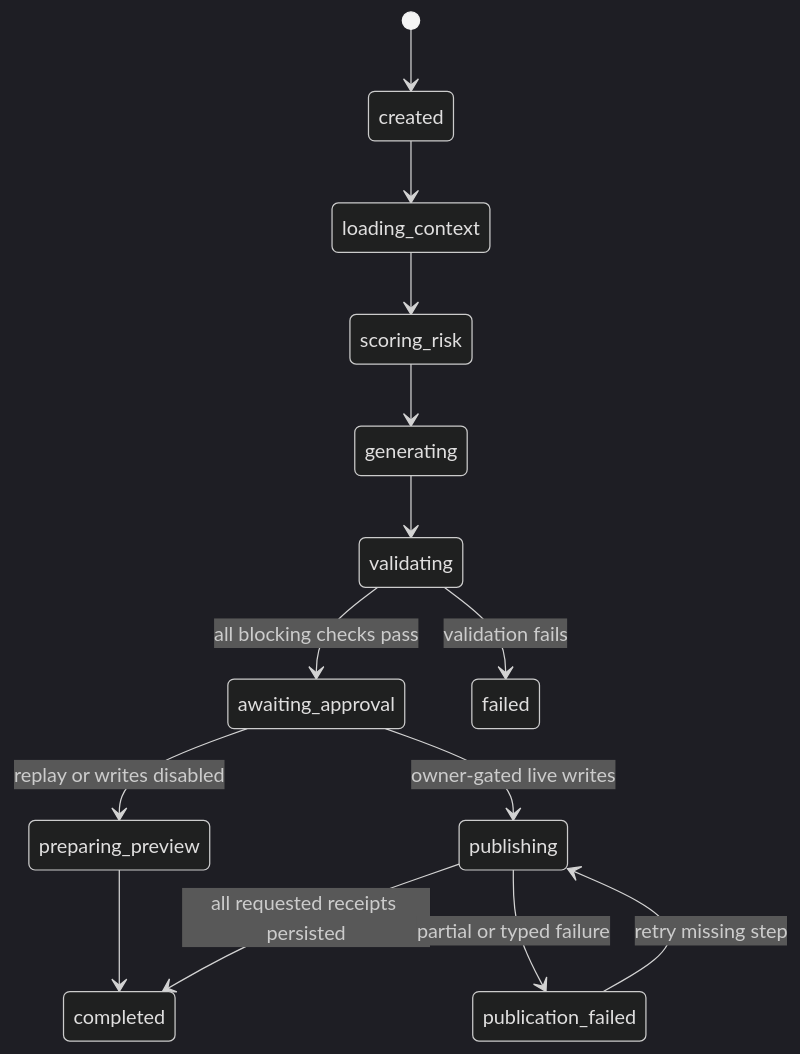
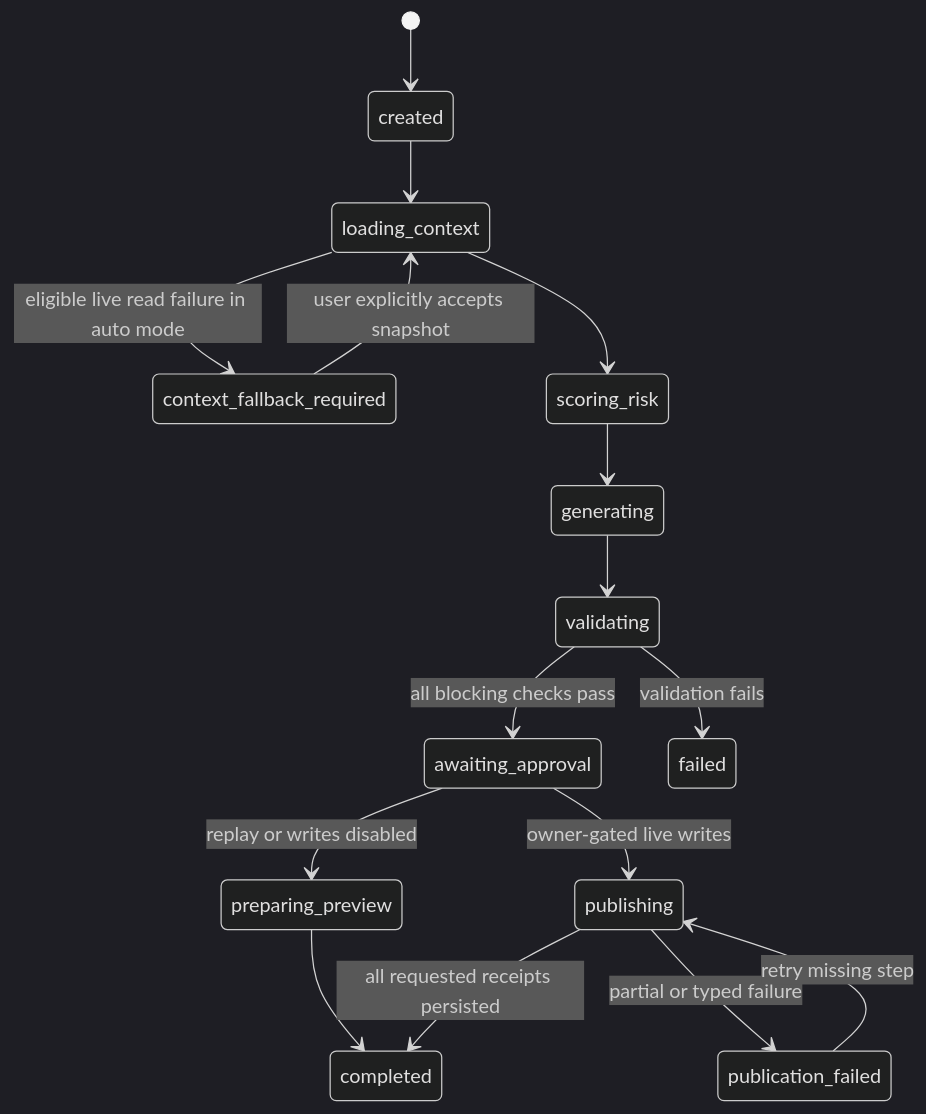
The third of 3 diagrams in docs/architecture.md (marker2601/changesafe), drawn with Mermaid (dark theme) before and after one commit. The commit also changed other lines of this file and 71 other files, not shown here.

````diff
--- a/docs/architecture.md
+++ b/docs/architecture.md
@@ -60,16 +60,18 @@
 ```mermaid
 stateDiagram-v2
     [*] --> created
     created --> loading_context
+    loading_context --> context_fallback_required: eligible live read failure in auto mode
+    context_fallback_required --> loading_context: user explicitly accepts snapshot
     loading_context --> scoring_risk
     scoring_risk --> generating
     generating --> validating
     validating --> awaiting_approval: all blocking checks pass
     validating --> failed: validation fails
     awaiting_approval --> preparing_preview: replay or writes disabled
     preparing_preview --> completed
     awaiting_approval --> publishing: owner-gated live writes
     publishing --> completed: all requested receipts persisted
     publishing --> publication_failed: partial or typed failure
     publication_failed --> publishing: retry missing step
 ```
````
